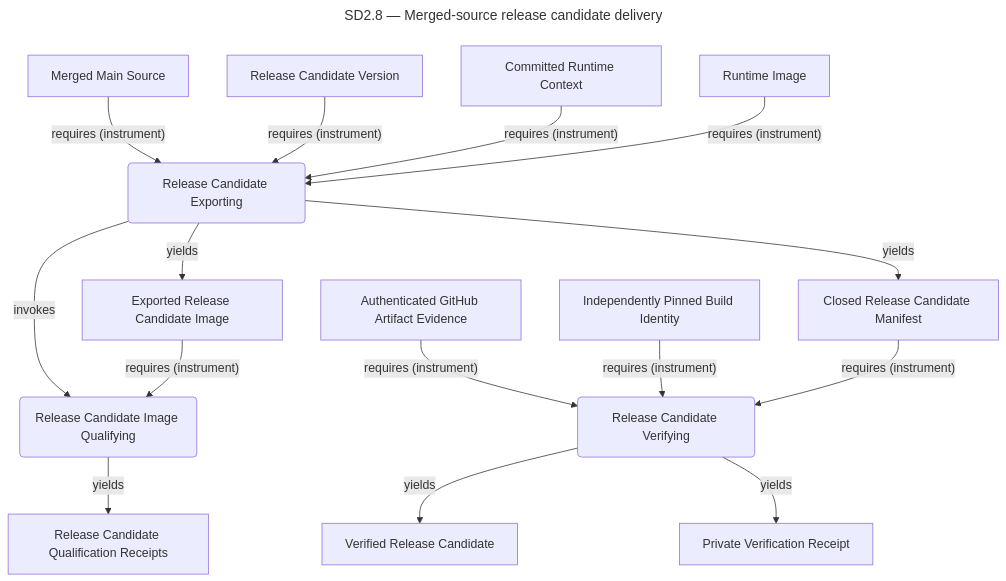
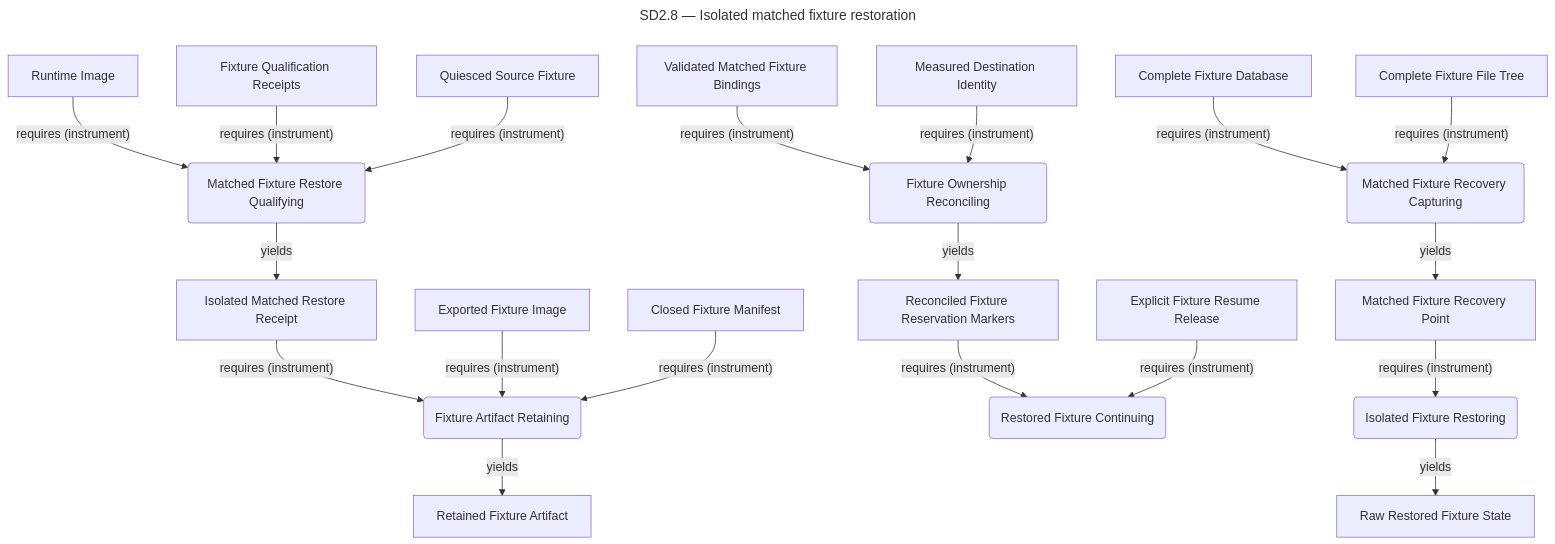
Before and after one commit to ojfbot/daily-logger: diagram 16 of 19 in opm/system.md, drawn with Mermaid. The commit also changed other lines of this file and 23 other files, not shown here.

Commit message:
feat(service): validate recorded drafts with shared article schemas

````diff
--- a/opm/system.md
+++ b/opm/system.md
@@ -1854,36 +1863,47 @@
 ```mermaid
 ---
-title: "SD2.8 — Merged-source release candidate delivery"
+title: "SD2.8 — Isolated matched fixture restoration"
 ---
 flowchart TD
-  accTitle: SD2.8 — Merged-source release candidate delivery
+  accTitle: SD2.8 — Isolated matched fixture restoration
   accDescr: Lossy system model projection. Complete source facts follow this diagram.
-  n357("Release Candidate Exporting")
-  n358["Merged Main Source"]
-  n359["Release Candidate Version"]
-  n344["Committed Runtime Context"]
-  n346["Runtime Image"]
-  n360["Exported Release Candidate Image"]
-  n361("Release Candidate Image Qualifying")
-  n362["Release Candidate Qualification Receipts"]
-  n363["Closed Release Candidate Manifest"]
-  n364("Release Candidate Verifying")
-  n353["Authenticated GitHub Artifact Evidence"]
-  n354["Independently Pinned Build Identity"]
-  n365["Verified Release Candidate"]
-  n356["Private Verification Receipt"]
-  n358 -->|"requires (instrument)"| n357
-  n359 -->|"requires (instrument)"| n357
-  n344 -->|"requires (instrument)"| n357
-  n346 -->|"requires (instrument)"| n357
-  n357 -->|"yields"| n360
-  n357 -->|"invokes"| n361
-  n360 -->|"requires (instrument)"| n361
-  n361 -->|"yields"| n362
-  n357 -->|"yields"| n363
-  n353 -->|"requires (instrument)"| n364
-  n354 -->|"requires (instrument)"| n364
-  n363 -->|"requires (instrument)"| n364
-  n364 -->|"yields"| n365
-  n364 -->|"yields"| n356
+  n360("Matched Fixture Restore Qualifying")
+  n348["Runtime Image"]
+  n352["Fixture Qualification Receipts"]
+  n361["Quiesced Source Fixture"]
+  n362("Matched Fixture Recovery Capturing")
+  n363["Complete Fixture Database"]
+  n364["Complete Fixture File Tree"]
+  n365["Matched Fixture Recovery Point"]
+  n366("Isolated Fixture Restoring")
+  n367["Raw Restored Fixture State"]
+  n368("Fixture Ownership Reconciling")
+  n369["Validated Matched Fixture Bindings"]
+  n370["Measured Destination Identity"]
+  n371["Reconciled Fixture Reservation Markers"]
+  n372("Restored Fixture Continuing")
+  n373["Explicit Fixture Resume Release"]
+  n374["Isolated Matched Restore Receipt"]
+  n375("Fixture Artifact Retaining")
+  n349["Exported Fixture Image"]
+  n354["Closed Fixture Manifest"]
+  n376["Retained Fixture Artifact"]
+  n348 -->|"requires (instrument)"| n360
+  n352 -->|"requires (instrument)"| n360
+  n361 -->|"requires (instrument)"| n360
+  n363 -->|"requires (instrument)"| n362
+  n364 -->|"requires (instrument)"| n362
+  n362 -->|"yields"| n365
+  n365 -->|"requires (instrument)"| n366
+  n366 -->|"yields"| n367
+  n369 -->|"requires (instrument)"| n368
+  n370 -->|"requires (instrument)"| n368
+  n368 -->|"yields"| n371
+  n371 -->|"requires (instrument)"| n372
+  n373 -->|"requires (instrument)"| n372
+  n360 -->|"yields"| n374
+  n374 -->|"requires (instrument)"| n375
+  n349 -->|"requires (instrument)"| n375
+  n354 -->|"requires (instrument)"| n375
+  n375 -->|"yields"| n376
 ```
````
